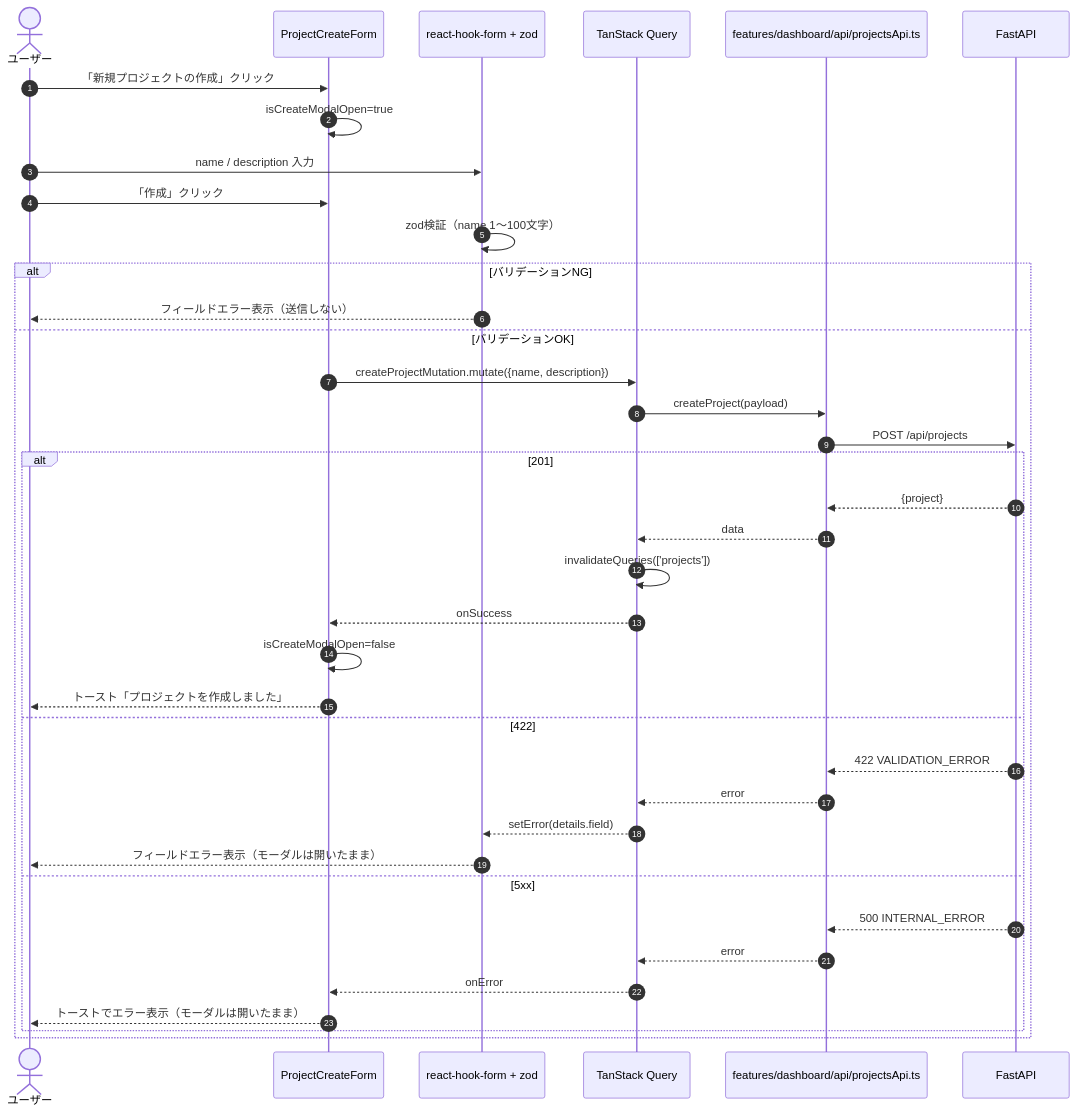
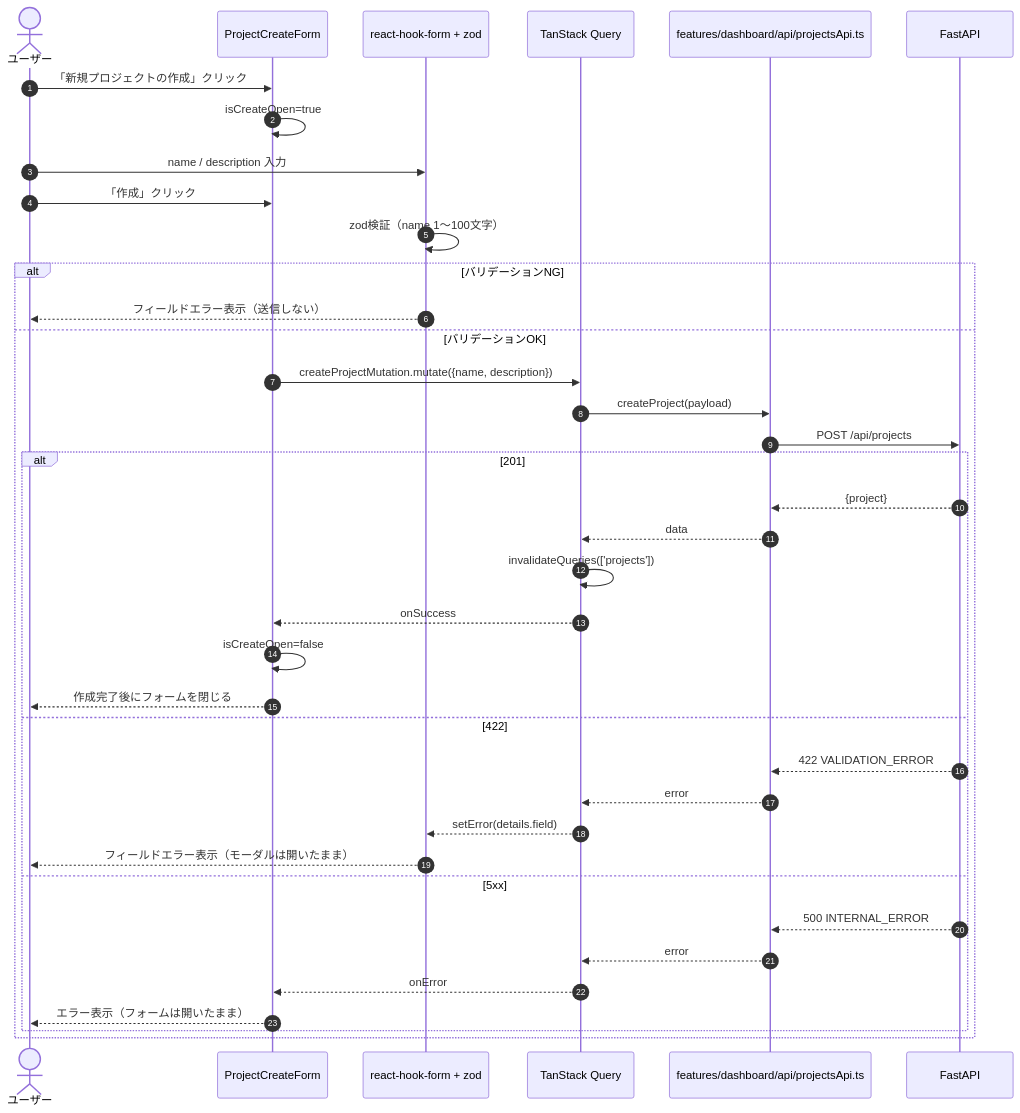
One commit to oikawa-d/task_management changed the third of 5 diagrams in docs/detailed_design/screen/06_dashboard.md. Above: the diagram before and after it, drawn with Mermaid. The commit also changed other lines of this file and 88 other files, not shown here.

````diff
--- a/docs/detailed_design/screen/06_dashboard.md
+++ b/docs/detailed_design/screen/06_dashboard.md
@@ -167,41 +167,41 @@
 ```mermaid
 sequenceDiagram
     autonumber
     actor U as ユーザー
-    participant PCM as ProjectCreateForm
+    participant PCF as ProjectCreateForm
     participant RHF as react-hook-form + zod
     participant Q as TanStack Query
     participant EP as features/dashboard/api/projectsApi.ts
     participant API as FastAPI
 
-    U->>PCM: 「新規プロジェクトの作成」クリック
-    PCM->>PCM: isCreateModalOpen=true
+    U->>PCF: 「新規プロジェクトの作成」クリック
+    PCF->>PCF: isCreateOpen=true
     U->>RHF: name / description 入力
-    U->>PCM: 「作成」クリック
+    U->>PCF: 「作成」クリック
     RHF->>RHF: zod検証（name 1〜100文字）
     alt バリデーションNG
         RHF-->>U: フィールドエラー表示（送信しない）
     else バリデーションOK
-        PCM->>Q: createProjectMutation.mutate({name, description})
+        PCF->>Q: createProjectMutation.mutate({name, description})
         Q->>EP: createProject(payload)
         EP->>API: POST /api/projects
         alt 201
             API-->>EP: {project}
             EP-->>Q: data
             Q->>Q: invalidateQueries(['projects'])
-            Q-->>PCM: onSuccess
-            PCM->>PCM: isCreateModalOpen=false
-            PCM-->>U: トースト「プロジェクトを作成しました」
+            Q-->>PCF: onSuccess
+            PCF->>PCF: isCreateOpen=false
+            PCF-->>U: 作成完了後にフォームを閉じる
         else 422
             API-->>EP: 422 VALIDATION_ERROR
             EP-->>Q: error
             Q-->>RHF: setError(details.field)
             RHF-->>U: フィールドエラー表示（モーダルは開いたまま）
         else 5xx
             API-->>EP: 500 INTERNAL_ERROR
             EP-->>Q: error
-            Q-->>PCM: onError
-            PCM-->>U: トーストでエラー表示（モーダルは開いたまま）
+            Q-->>PCF: onError
+            PCF-->>U: エラー表示（フォームは開いたまま）
         end
     end
 ```
````
